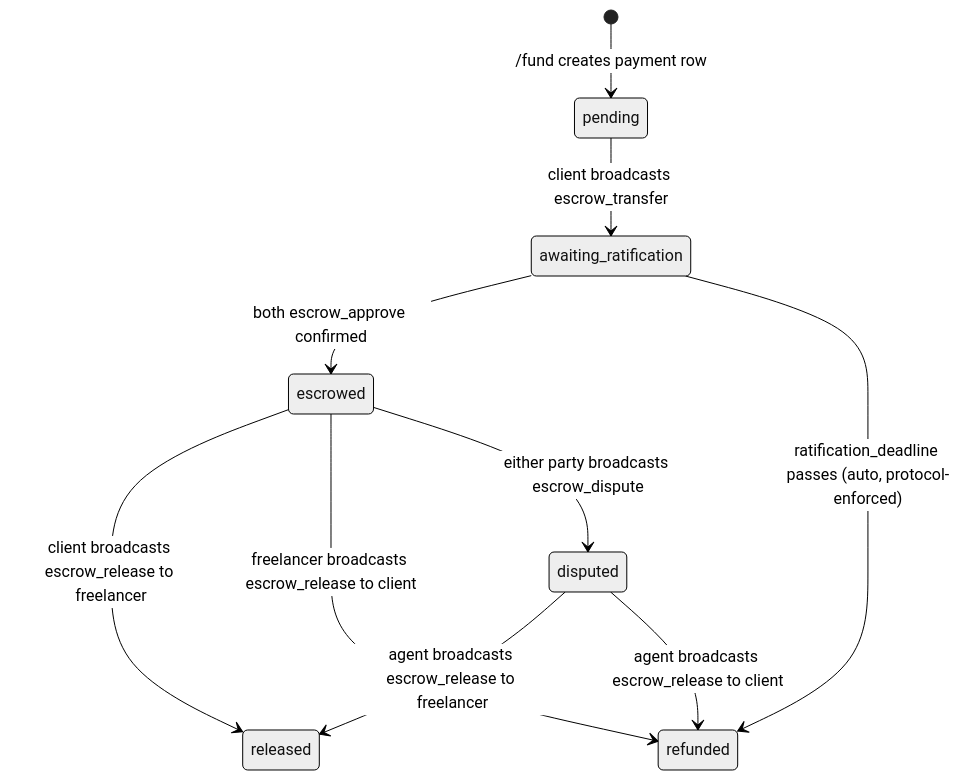
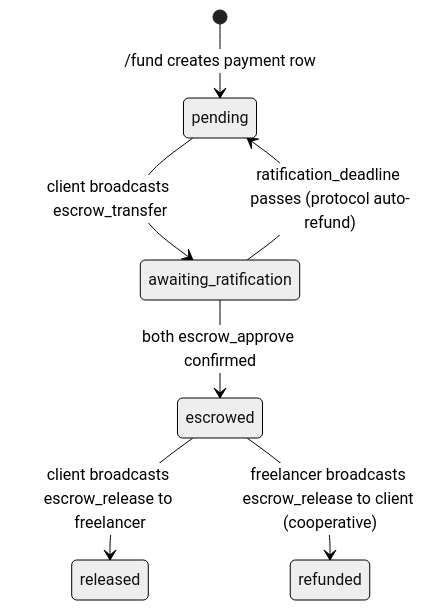
One commit to hdev-core/hive-freelance changed the second of 2 diagrams in Docs/[03] System_Architecture_Data_Model/[05] Escrow_Integration.md. Above: the diagram before and after it, drawn with Mermaid. The commit also changed other lines of this file, not shown here.

First line of the commit message:
Update [05] Escrow_Integration.md

````diff
--- a/Docs/[03] System_Architecture_Data_Model/[05] Escrow_Integration.md
+++ b/Docs/[03] System_Architecture_Data_Model/[05] Escrow_Integration.md
@@ -179,13 +131,10 @@
 ```mermaid
 %%{init: {'theme': 'neutral'}}%%
 stateDiagram-v2
     [*] --> pending : /fund creates payment row
     pending --> awaiting_ratification : client broadcasts escrow_transfer
     awaiting_ratification --> escrowed : both escrow_approve confirmed
-    awaiting_ratification --> refunded : ratification_deadline passes (auto, protocol-enforced)
+    awaiting_ratification --> pending : ratification_deadline passes (protocol auto-refund)
     escrowed --> released : client broadcasts escrow_release to freelancer
-    escrowed --> refunded : freelancer broadcasts escrow_release to client
-    escrowed --> disputed : either party broadcasts escrow_dispute
-    disputed --> released : agent broadcasts escrow_release to freelancer
-    disputed --> refunded : agent broadcasts escrow_release to client
+    escrowed --> refunded : freelancer broadcasts escrow_release to client (cooperative)
 ```
````
